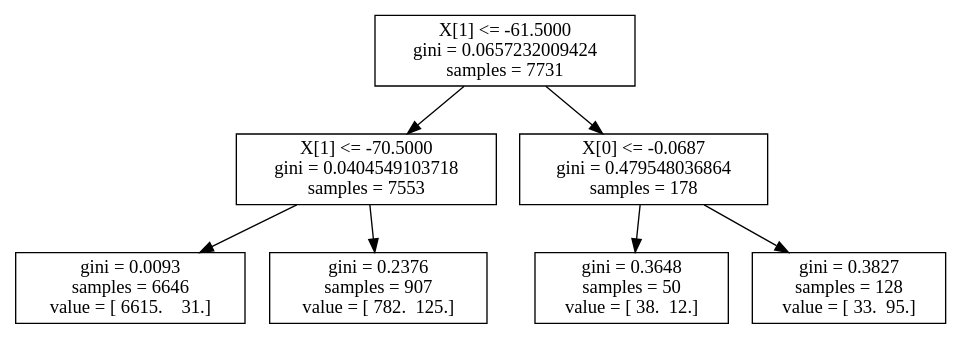
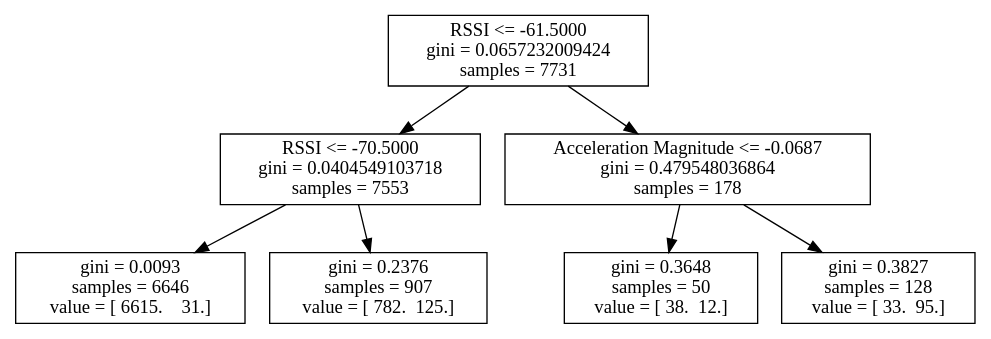
The diagram in logs/4_19/log11.dot (atitus5/6s062-Project), drawn with Graphviz before and after one commit. The commit also changed 73 other files, not shown here.

```diff
--- a/logs/4_19/log11.dot
+++ b/logs/4_19/log11.dot
@@ -1,15 +1,15 @@
 digraph Tree {
-0 [label="X[1] <= -61.5000\ngini = 0.0657232009424\nsamples = 7731", shape="box"] ;
-1 [label="X[1] <= -70.5000\ngini = 0.0404549103718\nsamples = 7553", shape="box"] ;
+0 [label="RSSI <= -61.5000\ngini = 0.0657232009424\nsamples = 7731", shape="box"] ;
+1 [label="RSSI <= -70.5000\ngini = 0.0404549103718\nsamples = 7553", shape="box"] ;
 0 -> 1 ;
 2 [label="gini = 0.0093\nsamples = 6646\nvalue = [ 6615.    31.]", shape="box"] ;
 1 -> 2 ;
 3 [label="gini = 0.2376\nsamples = 907\nvalue = [ 782.  125.]", shape="box"] ;
 1 -> 3 ;
-4 [label="X[0] <= -0.0687\ngini = 0.479548036864\nsamples = 178", shape="box"] ;
+4 [label="Acceleration Magnitude <= -0.0687\ngini = 0.479548036864\nsamples = 178", shape="box"] ;
 0 -> 4 ;
 5 [label="gini = 0.3648\nsamples = 50\nvalue = [ 38.  12.]", shape="box"] ;
 4 -> 5 ;
 6 [label="gini = 0.3827\nsamples = 128\nvalue = [ 33.  95.]", shape="box"] ;
 4 -> 6 ;
 }
```
